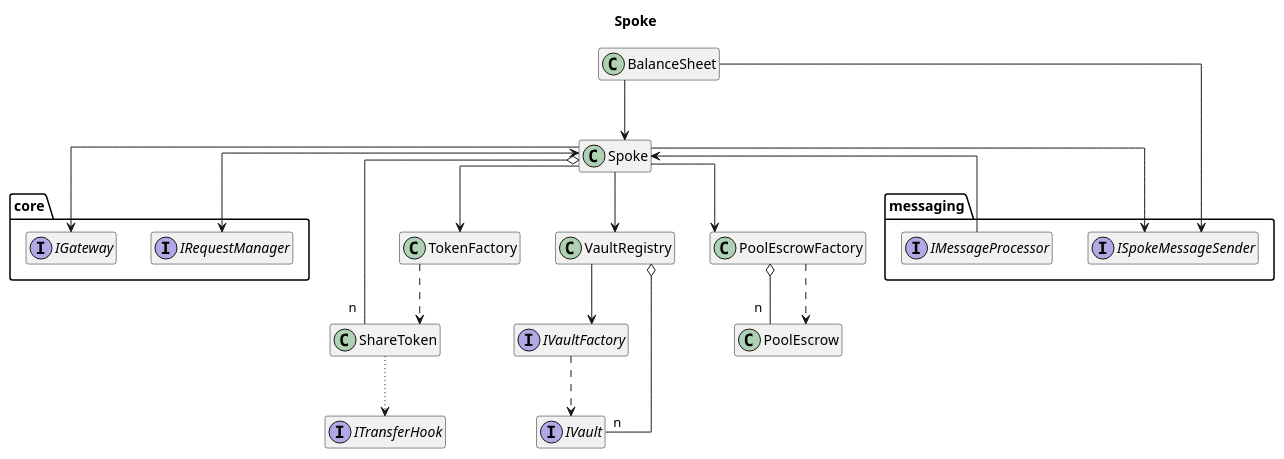
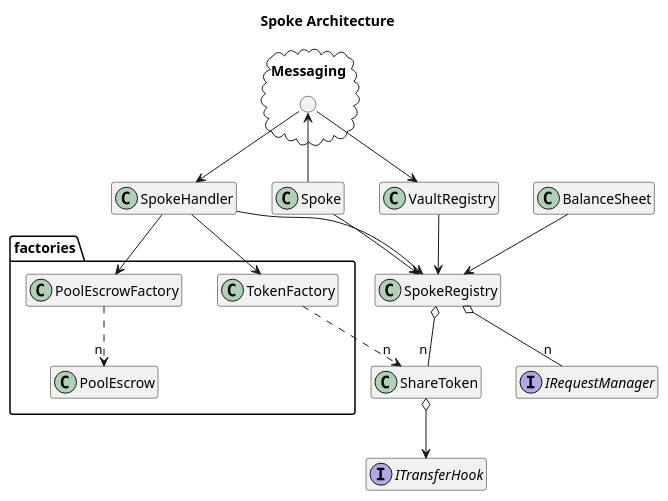
Before and after one commit to centrifuge/protocol: the diagram in docs/architecture/core/spoke.puml, drawn with PlantUML. The commit also changed 1 other file, not shown here.

Commit message:
update diagrams

```diff
--- a/docs/architecture/core/spoke.puml
+++ b/docs/architecture/core/spoke.puml
@@ -1,52 +1,45 @@
 @startuml spoke
-title Spoke
+title Spoke Architecture
 hide empty members
 
-skinparam linetype ortho
-
-package core {
-    interface IGateway
-    interface IRequestManager
+package "Messaging" <<cloud>> {
+    circle " " as messaging
 }
 
-package messaging {
-    interface ISpokeMessageSender
-    interface IMessageProcessor
+package factories {
+    class TokenFactory
+    class PoolEscrowFactory
+    class PoolEscrow
 }
 
 class Spoke
+class SpokeHandler
+class SpokeRegistry
+
+class BalanceSheet
+class VaultRegistry
 class ShareToken
-class BalanceSheet
-class TokenFactory
-class VaultRegistry
-class PoolEscrowFactory
-class PoolEscrow
+interface ITransferHook
+interface IRequestManager
 
-interface IVaultFactory
-interface IVault
-interface ITransferHook
+Spoke -down-> SpokeRegistry
+Spoke -up-> messaging
 
-Spoke --> TokenFactory
-Spoke --> PoolEscrowFactory
-Spoke o-- "n" ShareToken
-Spoke --> IGateway
-Spoke --> ISpokeMessageSender
-Spoke --> VaultRegistry
-Spoke <-> IRequestManager
-Spoke <-- IMessageProcessor
+messaging --> SpokeHandler
+messaging --> VaultRegistry
+SpokeHandler --> SpokeRegistry
+SpokeHandler --> TokenFactory
+SpokeHandler --> PoolEscrowFactory
 
-VaultRegistry --> IVaultFactory
-VaultRegistry o-[norank]- "n" IVault
+BalanceSheet --> SpokeRegistry
+VaultRegistry --> SpokeRegistry
 
-BalanceSheet --> Spoke
-BalanceSheet --> ISpokeMessageSender
+SpokeRegistry o-- "n" IRequestManager
+SpokeRegistry o-- "n" ShareToken
 
-PoolEscrowFactory o-- "n" PoolEscrow
-PoolEscrowFactory ..> PoolEscrow
-
-ShareToken .[dotted].> ITransferHook
-
-TokenFactory ..> ShareToken
-IVaultFactory ..> IVault
+' Factories
+TokenFactory ..> "n" ShareToken
+PoolEscrowFactory ..> "n" PoolEscrow
+ShareToken o--> ITransferHook
 
 @enduml
```
